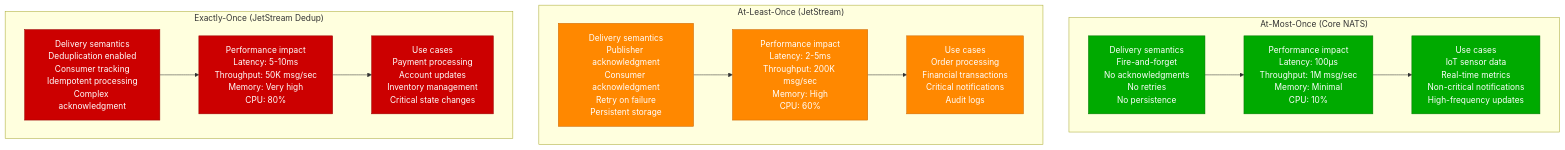
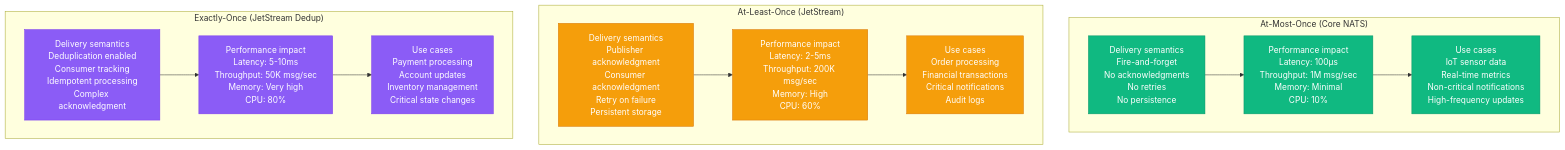
One commit to deepaucksharma/DS changed the ninth of 13 diagrams in site/docs/performance/nats-performance-profile.md. Above: the diagram before and after it, drawn with Mermaid. The commit also changed other lines of this file and 303 other files, not shown here.

````diff
--- a/site/docs/performance/nats-performance-profile.md
+++ b/site/docs/performance/nats-performance-profile.md
@@ -313,40 +313,40 @@
 ```mermaid
 graph TB
     subgraph "At-Most-Once (Core NATS)"
         AMO1[Delivery semantics<br/>Fire-and-forget<br/>No acknowledgments<br/>No retries<br/>No persistence]
 
         AMO2[Performance impact<br/>Latency: 100μs<br/>Throughput: 1M msg/sec<br/>Memory: Minimal<br/>CPU: 10%]
 
         AMO3[Use cases<br/>IoT sensor data<br/>Real-time metrics<br/>Non-critical notifications<br/>High-frequency updates]
 
         AMO1 --> AMO2 --> AMO3
     end
 
     subgraph "At-Least-Once (JetStream)"
         ALO1[Delivery semantics<br/>Publisher acknowledgment<br/>Consumer acknowledgment<br/>Retry on failure<br/>Persistent storage]
 
         ALO2[Performance impact<br/>Latency: 2-5ms<br/>Throughput: 200K msg/sec<br/>Memory: High<br/>CPU: 60%]
 
         ALO3[Use cases<br/>Order processing<br/>Financial transactions<br/>Critical notifications<br/>Audit logs]
 
         ALO1 --> ALO2 --> ALO3
     end
 
     subgraph "Exactly-Once (JetStream Dedup)"
         EO1[Delivery semantics<br/>Deduplication enabled<br/>Consumer tracking<br/>Idempotent processing<br/>Complex acknowledgment]
 
         EO2[Performance impact<br/>Latency: 5-10ms<br/>Throughput: 50K msg/sec<br/>Memory: Very high<br/>CPU: 80%]
 
         EO3[Use cases<br/>Payment processing<br/>Account updates<br/>Inventory management<br/>Critical state changes]
 
         EO1 --> EO2 --> EO3
     end
 
-    classDef amoStyle fill:#00AA00,stroke:#007700,color:#fff
-    classDef aloStyle fill:#FF8800,stroke:#CC6600,color:#fff
-    classDef eoStyle fill:#CC0000,stroke:#990000,color:#fff
+    classDef amoStyle fill:#10B981,stroke:#059669,color:#fff
+    classDef aloStyle fill:#F59E0B,stroke:#D97706,color:#fff
+    classDef eoStyle fill:#8B5CF6,stroke:#7C3AED,color:#fff
 
     class AMO1,AMO2,AMO3 amoStyle
     class ALO1,ALO2,ALO3 aloStyle
     class EO1,EO2,EO3 eoStyle
 ```
````
